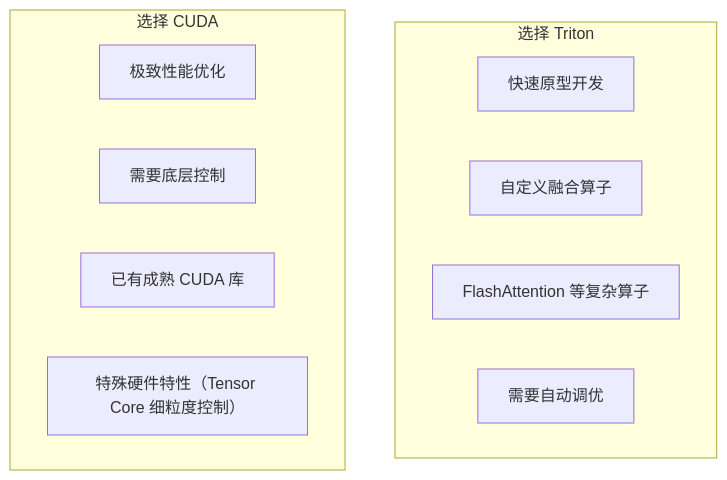
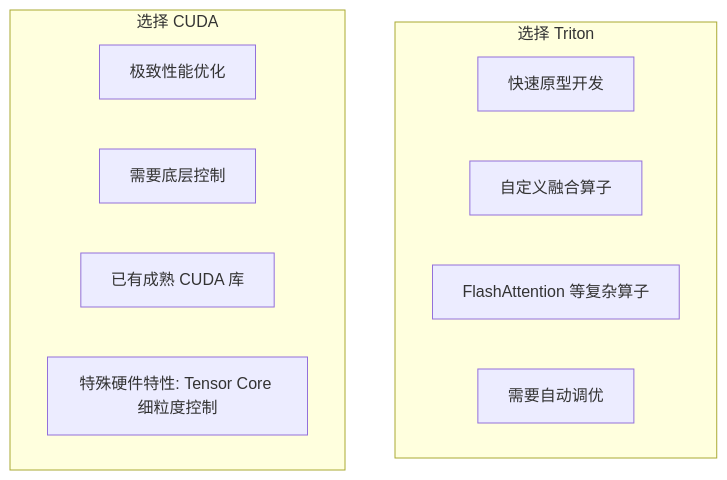
Before and after one commit to jpixy/jpixy.github.io: the tenth of 12 diagrams in content/articles/ai/ai-32-Triton-GPU编程详解.md, drawn with Mermaid. The commit also changed 66 other files, not shown here.

Commit message:
fix: resolve Mermaid syntax errors by removing parentheses in node labels

````diff
--- a/content/articles/ai/ai-32-Triton-GPU编程详解.md
+++ b/content/articles/ai/ai-32-Triton-GPU编程详解.md
@@ -676,16 +676,16 @@
 ```mermaid
 graph TB
     subgraph "选择 Triton"
         A["快速原型开发"]
         B["自定义融合算子"]
         C["FlashAttention 等复杂算子"]
         D["需要自动调优"]
     end
     
     subgraph "选择 CUDA"
         E["极致性能优化"]
         F["需要底层控制"]
         G["已有成熟 CUDA 库"]
-        H["特殊硬件特性（Tensor Core 细粒度控制）"]
+        H["特殊硬件特性: Tensor Core 细粒度控制"]
     end
 ```
````
